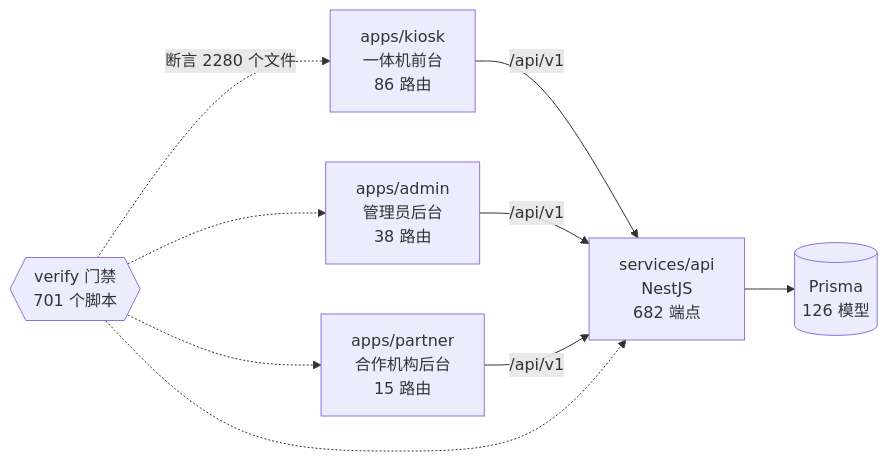
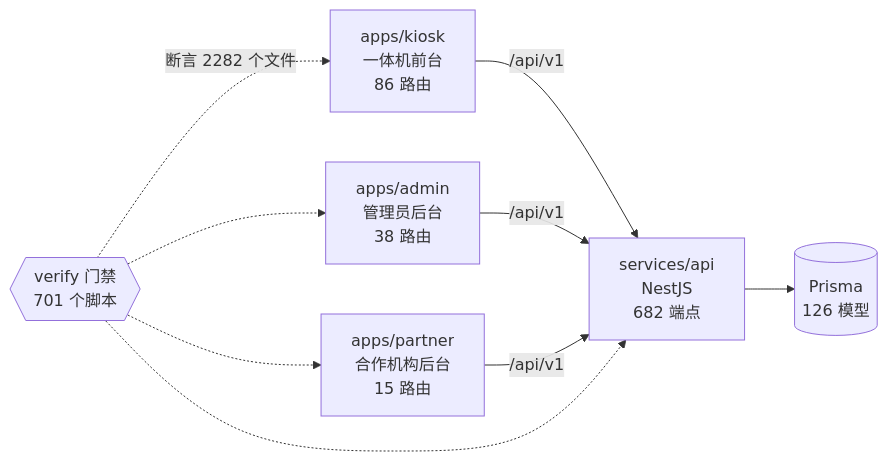
Before and after one commit to wanglei581/YITIJI: the diagram in docs/graph/README.md, drawn with Mermaid. The commit also changed other lines of this file and 4 other files, not shown here.

Commit message:
小程序虚拟支付：重生项目图谱并记录 P2d1b2 返工完成进度

````diff
--- a/docs/graph/README.md
+++ b/docs/graph/README.md
@@ -68,18 +68,18 @@
 ```mermaid
 flowchart LR
   kiosk["apps/kiosk<br/>一体机前台<br/>86 路由"]
   admin["apps/admin<br/>管理员后台<br/>38 路由"]
   partner["apps/partner<br/>合作机构后台<br/>15 路由"]
   api["services/api<br/>NestJS<br/>682 端点"]
   db[("Prisma<br/>126 模型")]
   gates{{"verify 门禁<br/>701 个脚本"}}
 
   kiosk -->|"/api/v1"| api
   admin -->|"/api/v1"| api
   partner -->|"/api/v1"| api
   api --> db
-  gates -.->|"断言 2280 个文件"| kiosk
+  gates -.->|"断言 2282 个文件"| kiosk
   gates -.-> admin
   gates -.-> partner
   gates -.-> api
 ```
````
